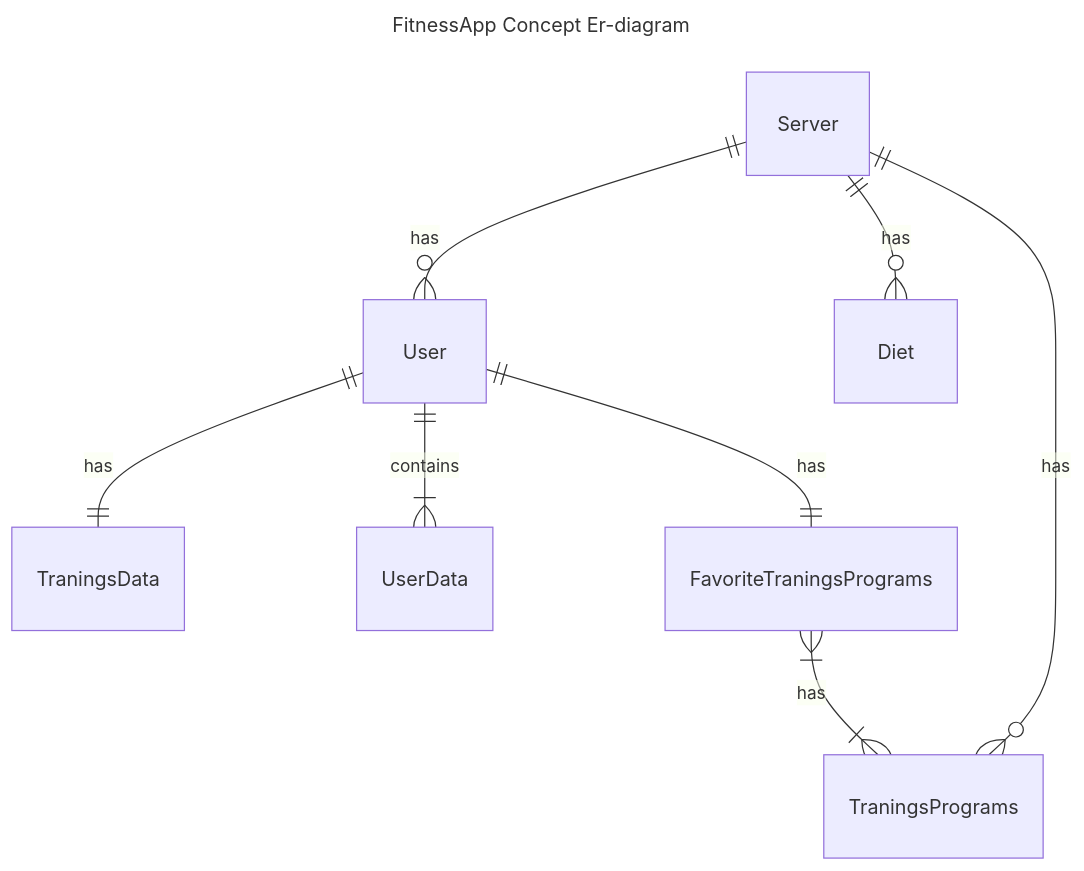
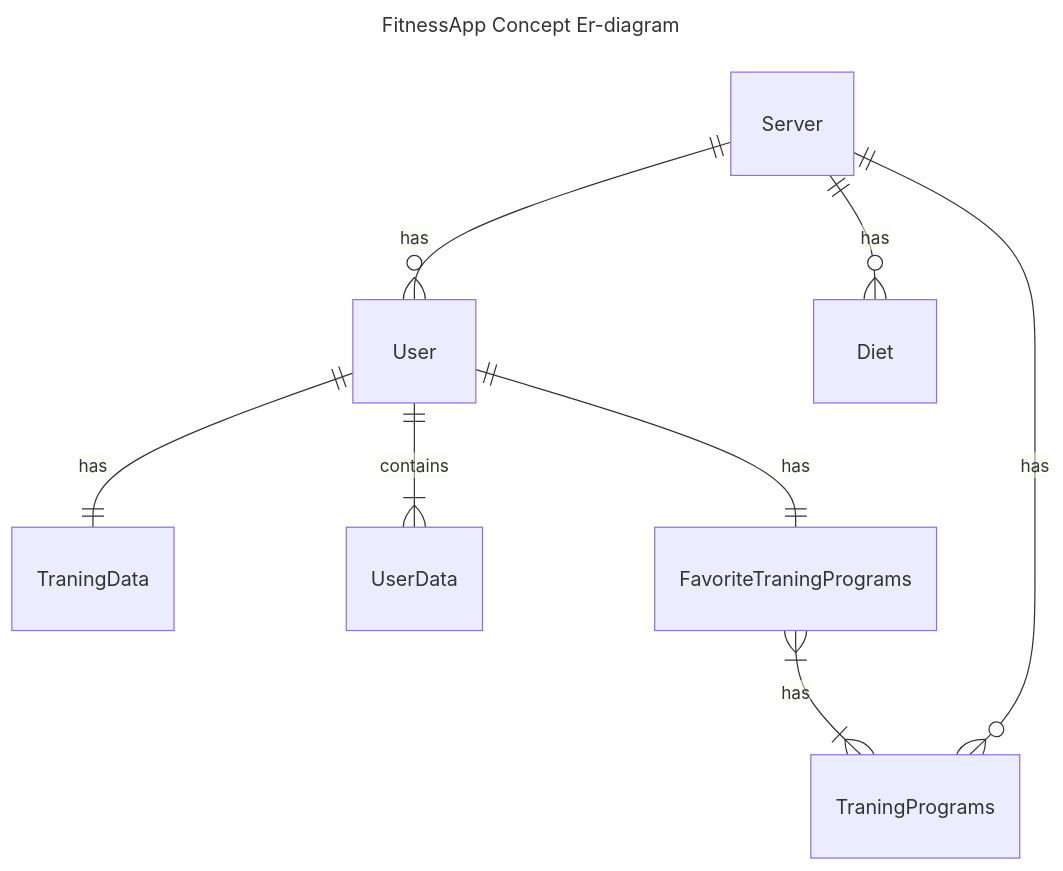
The diagram in System Arkitektur/Database/ConceptDatabase.md (kamar-dk/Sem.Project4), drawn with Mermaid before and after one commit. The commit also changed 1 other file, not shown here.

Commit message:
spelling

````diff
--- a/System Arkitektur/Database/ConceptDatabase.md
+++ b/System Arkitektur/Database/ConceptDatabase.md
@@ -1,43 +1,43 @@
 ```mermaid
 ---
 title: FitnessApp Concept Er-diagram
 ---
 erDiagram
 
 User {
 
 }
 
-TraningsData {
+TraningData {
     
 }
 
 UserData {
 
 }
 
-FavoriteTraningsPrograms {
+FavoriteTraningPrograms {
     
 }
 
 Server {
 
 }
 
-TraningsPrograms {
+TraningPrograms {
 
 }
 
 Diet {
 
 }
 
-User ||--|| TraningsData : has
+User ||--|| TraningData : has
 User ||--|{ UserData : contains
-User ||--|| FavoriteTraningsPrograms : has
-FavoriteTraningsPrograms }|--|{ TraningsPrograms : has
-Server ||--o{ TraningsPrograms : has
+User ||--|| FavoriteTraningPrograms : has
+FavoriteTraningPrograms }|--|{ TraningPrograms : has
+Server ||--o{ TraningPrograms : has
 Server ||--o{ User : has
 Server ||--o{ Diet : has
 
 ```
````
